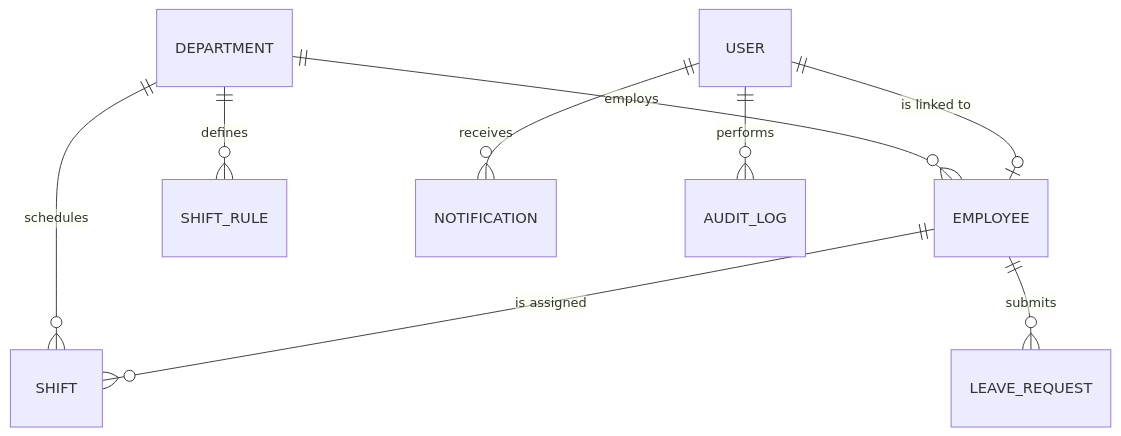
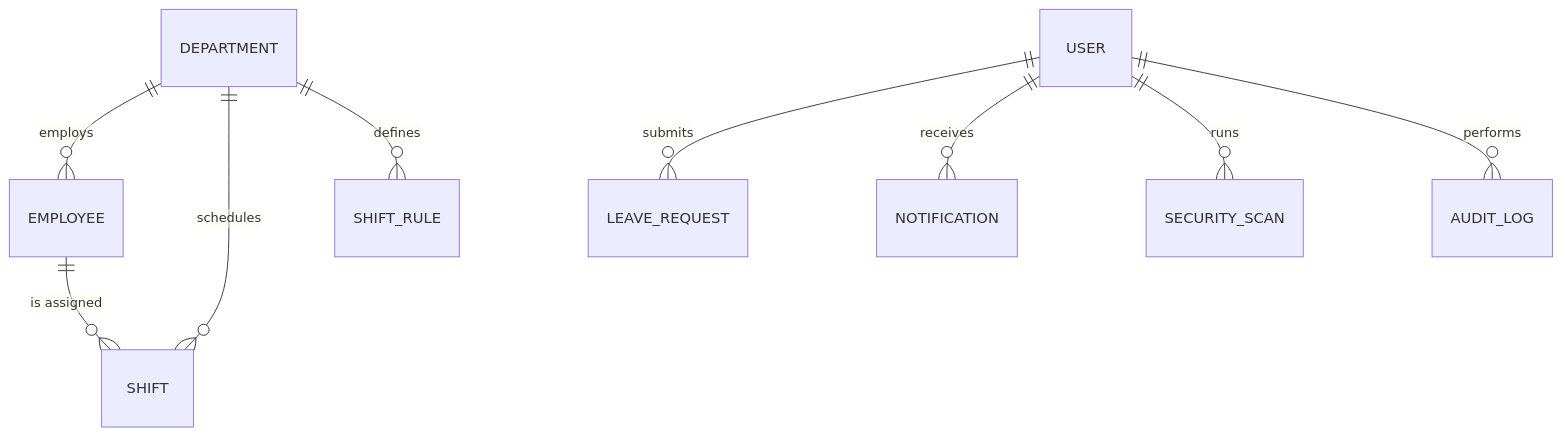
One commit to LordAurora/shift-planning-application changed the fourth of 4 diagrams in README.md. Above: the diagram before and after it, drawn with Mermaid. The commit also changed other lines of this file and 15 other files, not shown here.

````diff
--- a/README.md
+++ b/README.md
@@ -317,11 +390,11 @@
 ```mermaid
 erDiagram
     DEPARTMENT ||--o{ EMPLOYEE : employs
     DEPARTMENT ||--o{ SHIFT : schedules
     DEPARTMENT ||--o{ SHIFT_RULE : defines
-    USER ||--o| EMPLOYEE : "is linked to"
     EMPLOYEE ||--o{ SHIFT : "is assigned"
-    EMPLOYEE ||--o{ LEAVE_REQUEST : submits
+    USER ||--o{ LEAVE_REQUEST : submits
     USER ||--o{ NOTIFICATION : receives
+    USER ||--o{ SECURITY_SCAN : runs
     USER ||--o{ AUDIT_LOG : performs
 ```
````
